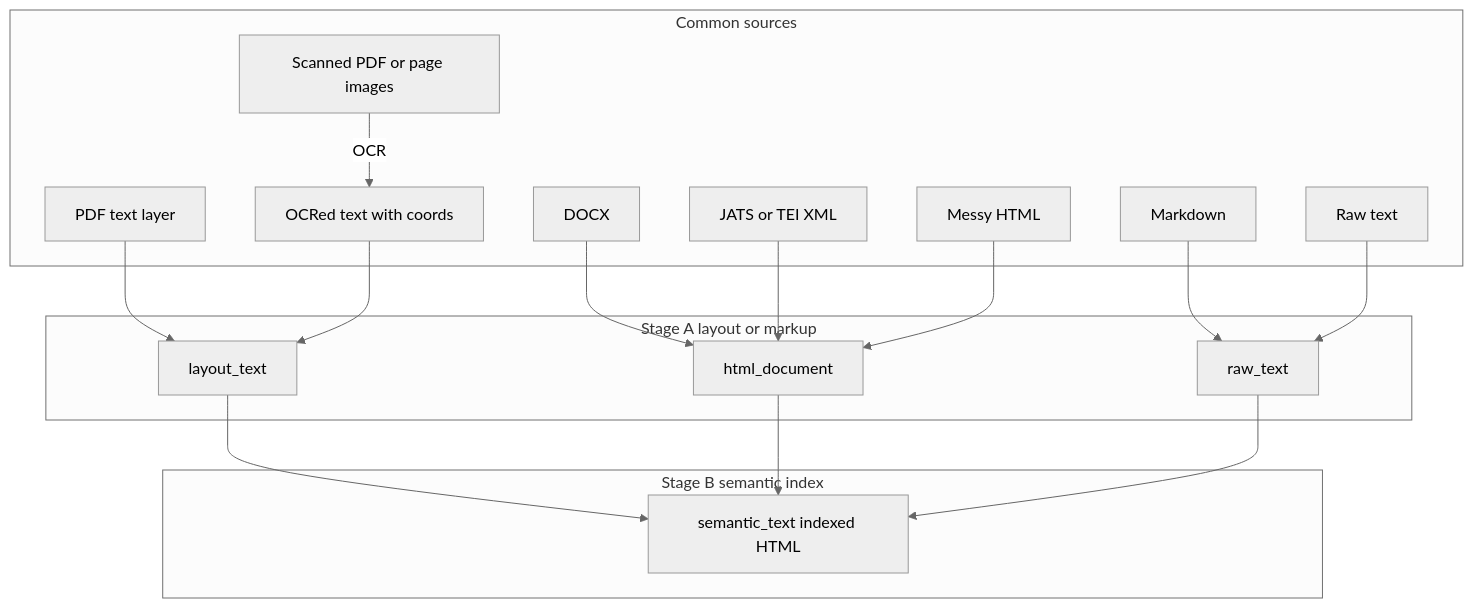
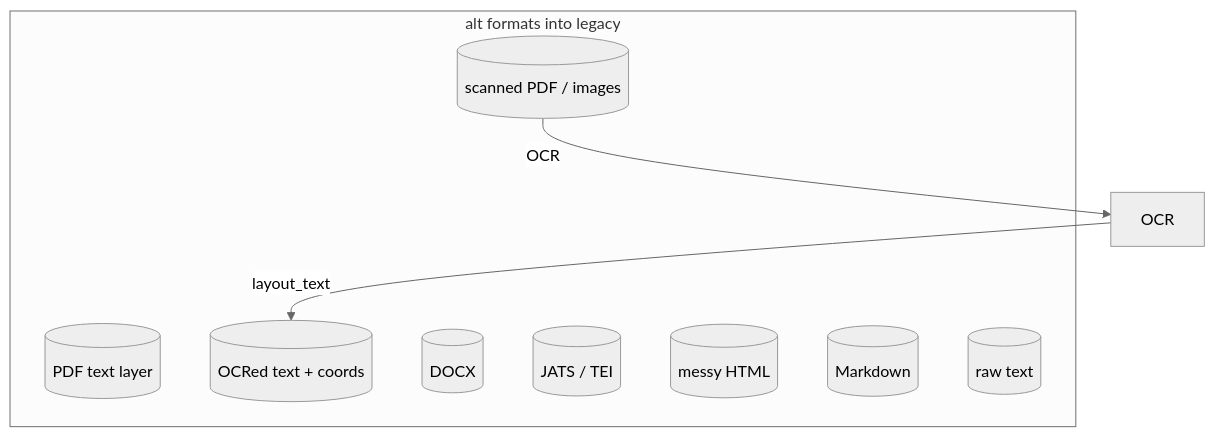
The second of 2 diagrams in semantic_corpus/corpus/docs/input_adapters.md (semanticClimate/semantic_corpus), drawn with Mermaid (neutral theme) before and after one commit. The commit also changed other lines of this file and 31 other files, not shown here.

````diff
--- a/semantic_corpus/corpus/docs/input_adapters.md
+++ b/semantic_corpus/corpus/docs/input_adapters.md
@@ -40,32 +57,16 @@
 ```mermaid
 flowchart TB
-  subgraph sources [Common sources]
-    PDF[PDF text layer]
-    Scan[Scanned PDF or page images]
-    DOCX[DOCX]
-    JATS[JATS or TEI XML]
-    HTML[Messy HTML]
-    MD[Markdown]
-    TXT[Raw text]
-    OCR[OCRed text with coords]
+  subgraph formats ["alt formats into legacy"]
+    PDF[("PDF text layer")]
+    Scan[("scanned PDF / images")]
+    OCR[("OCRed text + coords")]
+    DOCX[("DOCX")]
+    JATS[("JATS / TEI")]
+    HTML[("messy HTML")]
+    MD[("Markdown")]
+    TXT[("raw text")]
   end
-  subgraph stageA [Stage A layout or markup]
-    LT[layout_text]
-    HM[html_document]
-    RT[raw_text]
-  end
-  subgraph stageB [Stage B semantic index]
-    ST[semantic_text indexed HTML]
-  end
-  PDF --> LT
-  OCR --> LT
-  Scan -->|OCR| OCR
-  DOCX --> HM
-  JATS --> HM
-  HTML --> HM
-  MD --> RT
-  TXT --> RT
-  LT --> ST
-  HM --> ST
-  RT --> ST
+  OCRProc["OCR"]
+  Scan -->|"OCR"| OCRProc
+  OCRProc -->|"layout_text"| OCR
 ```
````
